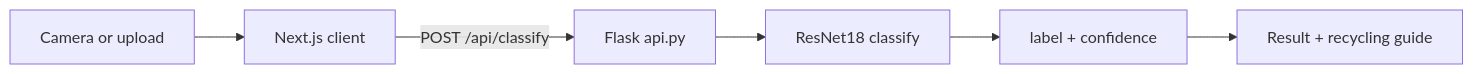
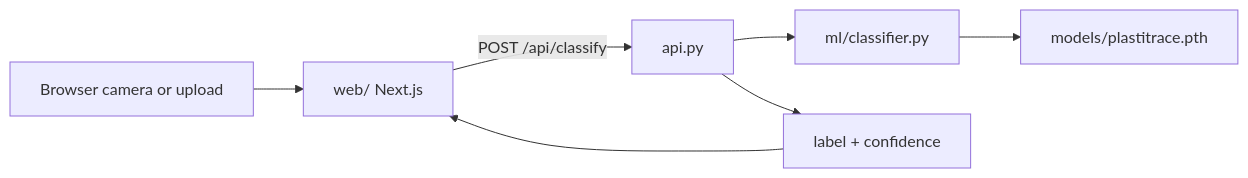
The first of 2 diagrams in README.md (will702/PlastiTrace), drawn with Mermaid before and after one commit. The commit also changed other lines of this file and 50 other files, not shown here.

````diff
--- a/README.md
+++ b/README.md
@@ -79,8 +16,9 @@
 ```mermaid
 flowchart LR
-  User["Camera or upload"] --> NextJS["Next.js client"]
-  NextJS -->|"POST /api/classify"| Flask["Flask api.py"]
-  Flask --> Model["ResNet18 classify"]
-  Model --> JSON["label + confidence"]
-  JSON --> UI["Result + recycling guide"]
+  User["Browser camera or upload"] --> NextJS["web/ Next.js"]
+  NextJS -->|"POST /api/classify"| Flask["api.py"]
+  Flask --> ML["ml/classifier.py"]
+  ML --> Model["models/plastitrace.pth"]
+  Flask --> JSON["label + confidence"]
+  JSON --> NextJS
 ```
````
